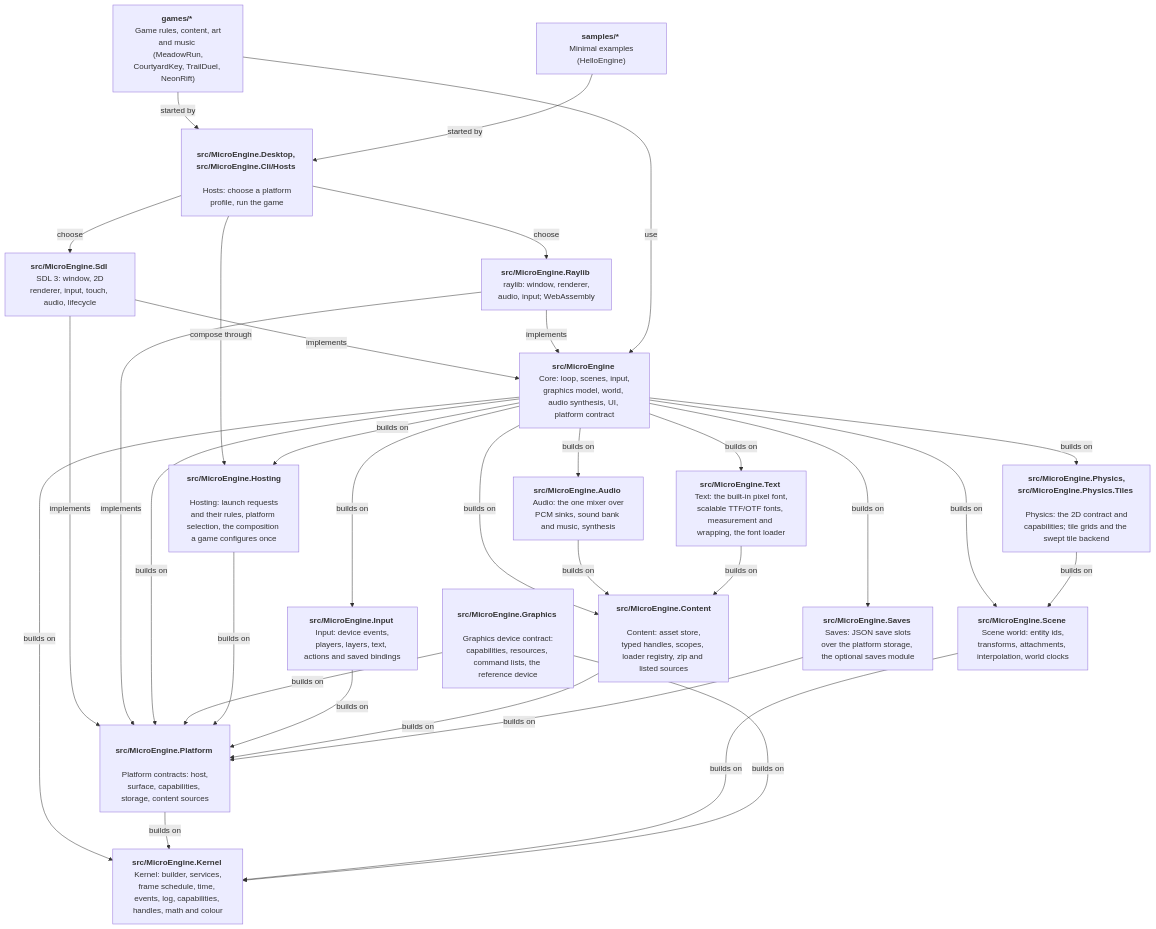
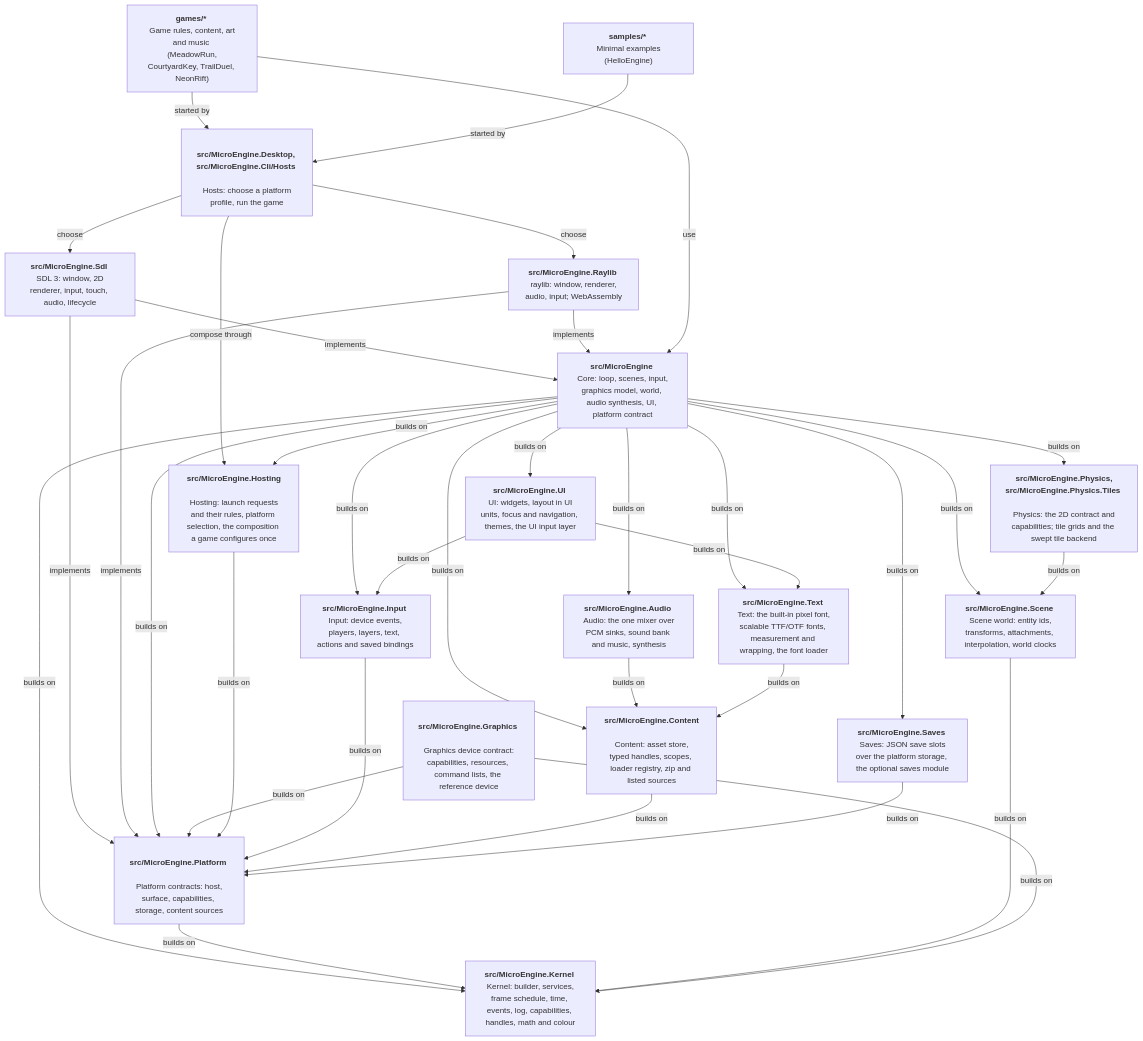
One commit to NastMz/MicroEngine changed the diagram in docs/architecture.md. Above: the diagram before and after it, drawn with Mermaid. The commit also changed other lines of this file and 39 other files, not shown here.

Commit message:
docs(ui): the UI module, scene widgets and view captures in the manual, architecture, migrations, ADR 0044 and the API reference

````diff
--- a/docs/architecture.md
+++ b/docs/architecture.md
@@ -11,53 +11,57 @@
 ```mermaid
 flowchart TB
   accTitle: Layers
   accDescr: Games and samples start through the hosts, which compose them through hosting and offer the SDL and raylib backends; both implement the platform contract, which builds on the kernel.
   games["<b> games/* </b> <br/> Game rules, content, art and music <br/> (MeadowRun, CourtyardKey, TrailDuel, NeonRift)"]
   samples["<b> samples/* </b> <br/> Minimal examples (HelloEngine)"]
   hosts["<b> src/MicroEngine.Desktop, src/MicroEngine.Cli/Hosts </b> <br/> Hosts: choose a platform profile, run the game"]
   sdl["<b> src/MicroEngine.Sdl </b> <br/> SDL 3: window, 2D renderer, input, touch, audio, lifecycle"]
   raylib["<b> src/MicroEngine.Raylib </b> <br/> raylib: window, renderer, audio, input; WebAssembly"]
   core["<b> src/MicroEngine </b> <br/> Core: loop, scenes, input, graphics model, world, audio synthesis, UI, platform contract"]
   platform["<b> src/MicroEngine.Platform </b> <br/> Platform contracts: host, surface, capabilities, storage, content sources"]
   graphics["<b> src/MicroEngine.Graphics </b> <br/> Graphics device contract: capabilities, resources, command lists, the reference device"]
   input["<b> src/MicroEngine.Input </b> <br/> Input: device events, players, layers, text, actions and saved bindings"]
   hosting["<b> src/MicroEngine.Hosting </b> <br/> Hosting: launch requests and their rules, platform selection, the composition a game configures once"]
   content["<b> src/MicroEngine.Content </b> <br/> Content: asset store, typed handles, scopes, loader registry, zip and listed sources"]
   audio["<b> src/MicroEngine.Audio </b> <br/> Audio: the one mixer over PCM sinks, sound bank and music, synthesis"]
   scene["<b> src/MicroEngine.Scene </b> <br/> Scene world: entity ids, transforms, attachments, interpolation, world clocks"]
   physics["<b> src/MicroEngine.Physics, src/MicroEngine.Physics.Tiles </b> <br/> Physics: the 2D contract and capabilities; tile grids and the swept tile backend"]
   saves["<b> src/MicroEngine.Saves </b> <br/> Saves: JSON save slots over the platform storage, the optional saves module"]
   text["<b> src/MicroEngine.Text </b> <br/> Text: the built-in pixel font, scalable TTF/OTF fonts, measurement and wrapping, the font loader"]
+  ui["<b> src/MicroEngine.UI </b> <br/> UI: widgets, layout in UI units, focus and navigation, themes, the UI input layer"]
   kernel["<b> src/MicroEngine.Kernel </b> <br/> Kernel: builder, services, frame schedule, time, events, log, capabilities, handles, math and colour"]
   games -- started by --> hosts
   samples -- started by --> hosts
   hosts -- choose --> sdl
   hosts -- choose --> raylib
   hosts -- compose through --> hosting
   sdl -- implements --> core
   raylib -- implements --> core
   sdl -- implements --> platform
   raylib -- implements --> platform
   games -- use --> core
   core -- builds on --> platform
   core -- builds on --> kernel
   platform -- builds on --> kernel
   core -- builds on --> scene
   scene -- builds on --> kernel
   core -- builds on --> physics
   physics -- builds on --> scene
   graphics -- builds on --> platform
   graphics -- builds on --> kernel
   core -- builds on --> hosting
   hosting -- builds on --> platform
   core -- builds on --> input
   input -- builds on --> platform
   core -- builds on --> content
   content -- builds on --> platform
   core -- builds on --> audio
   audio -- builds on --> content
   core -- builds on --> saves
   saves -- builds on --> platform
   core -- builds on --> text
   text -- builds on --> content
+  core -- builds on --> ui
+  ui -- builds on --> text
+  ui -- builds on --> input
 ```
````
